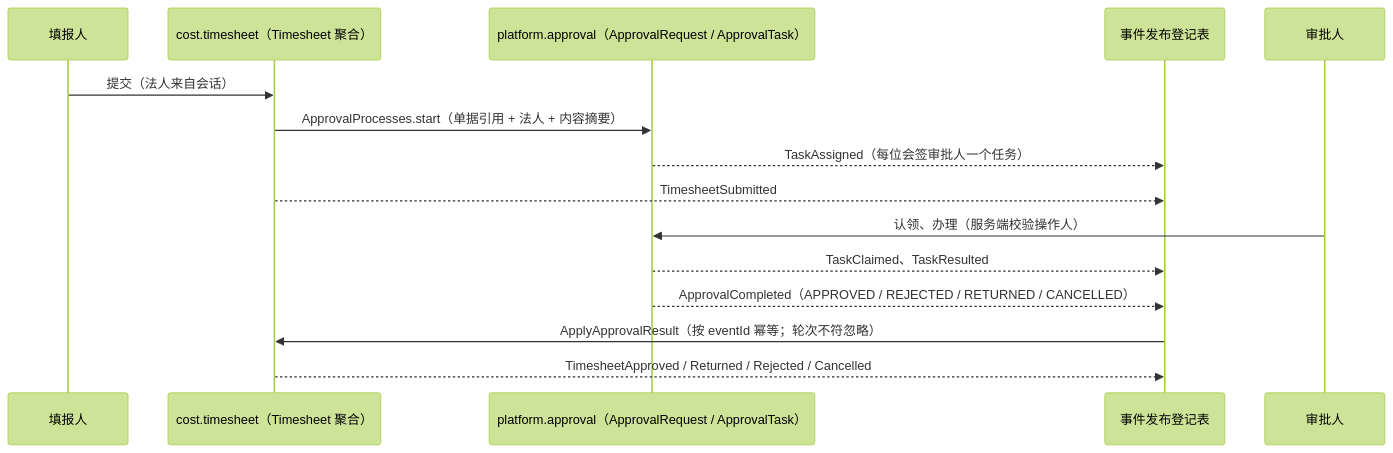
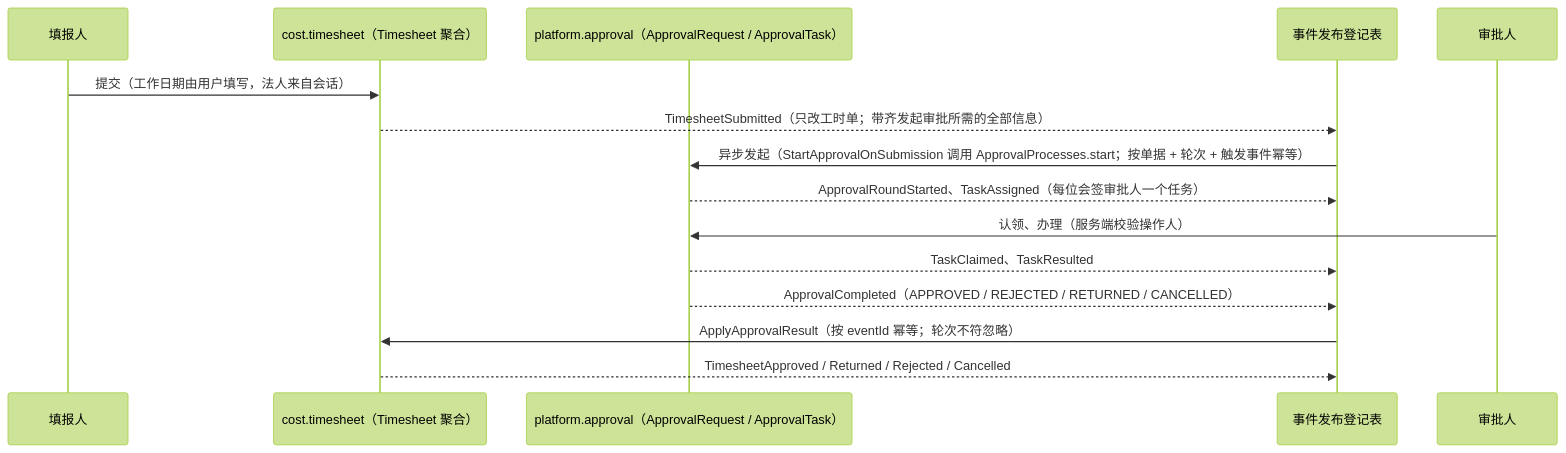
One commit to YeliangDu/forcitis-one-psa-codex-lab changed the fifth of 6 diagrams in docs/modernization/REIMAGINED_ARCHITECTURE.md. Above: the diagram before and after it, drawn with Mermaid (forest theme). The commit also changed other lines of this file and 2 other files, not shown here.

Commit message:
文档：审批与工时单的事件流、节点属性、时限口径与 AsyncAPI 目录同步

````diff
--- a/docs/modernization/REIMAGINED_ARCHITECTURE.md
+++ b/docs/modernization/REIMAGINED_ARCHITECTURE.md
@@ -238,17 +238,17 @@
 ```mermaid
 sequenceDiagram
     participant U as 填报人
     participant T as cost.timesheet（Timesheet 聚合）
     participant A as platform.approval（ApprovalRequest / ApprovalTask）
     participant R as 事件发布登记表
     participant M as 审批人
-    U->>T: 提交（法人来自会话）
-    T->>A: ApprovalProcesses.start（单据引用 + 法人 + 内容摘要）
-    A-->>R: TaskAssigned（每位会签审批人一个任务）
-    T-->>R: TimesheetSubmitted
+    U->>T: 提交（工作日期由用户填写，法人来自会话）
+    T-->>R: TimesheetSubmitted（只改工时单；带齐发起审批所需的全部信息）
+    R->>A: 异步发起（StartApprovalOnSubmission 调用 ApprovalProcesses.start；按单据 + 轮次 + 触发事件幂等）
+    A-->>R: ApprovalRoundStarted、TaskAssigned（每位会签审批人一个任务）
     M->>A: 认领、办理（服务端校验操作人）
     A-->>R: TaskClaimed、TaskResulted
     A-->>R: ApprovalCompleted（APPROVED / REJECTED / RETURNED / CANCELLED）
     R->>T: ApplyApprovalResult（按 eventId 幂等；轮次不符忽略）
     T-->>R: TimesheetApproved / Returned / Rejected / Cancelled
 ```
````
